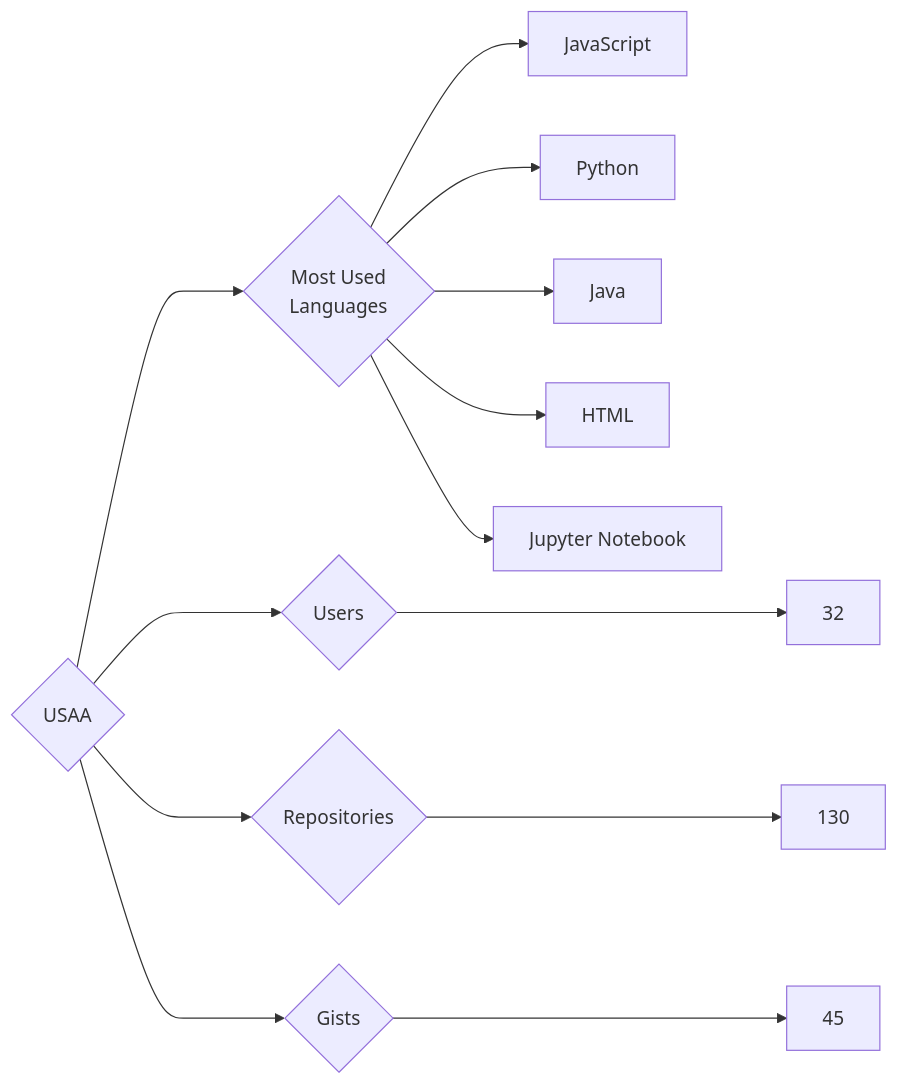
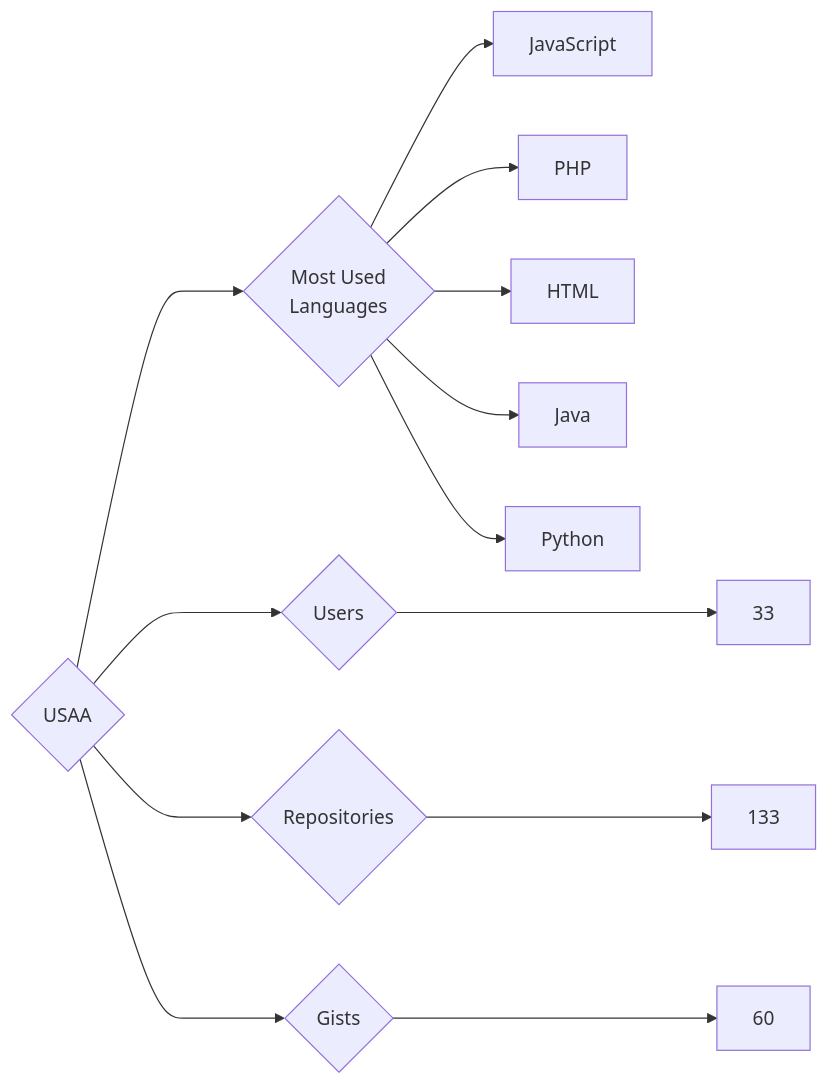
The diagram in targets/USAA/README.md (trickest/insiders), drawn with Mermaid before and after one commit. The commit also changed 835 other files, not shown here.

````diff
--- a/targets/USAA/README.md
+++ b/targets/USAA/README.md
@@ -3,13 +3,13 @@
 ```mermaid
 graph LR
 COMPANY_NAME{USAA}
-COMPANY_NAME ---> U{Users} ---> UN[32]
-COMPANY_NAME ---> R{Repositories} ---> RN[130]
-COMPANY_NAME ---> G{Gists} ---> GN[45]
+COMPANY_NAME ---> U{Users} ---> UN[33]
+COMPANY_NAME ---> R{Repositories} ---> RN[133]
+COMPANY_NAME ---> G{Gists} ---> GN[60]
 COMPANY_NAME ---> ML{Most Used<br>Languages}
 ML --> JavaScript[JavaScript]
+ML --> PHP[PHP]
+ML --> HTML[HTML]
+ML --> Java[Java]
 ML --> Python[Python]
-ML --> Java[Java]
-ML --> HTML[HTML]
-ML --> Jupyter_Notebook[Jupyter Notebook]
 ```
````
